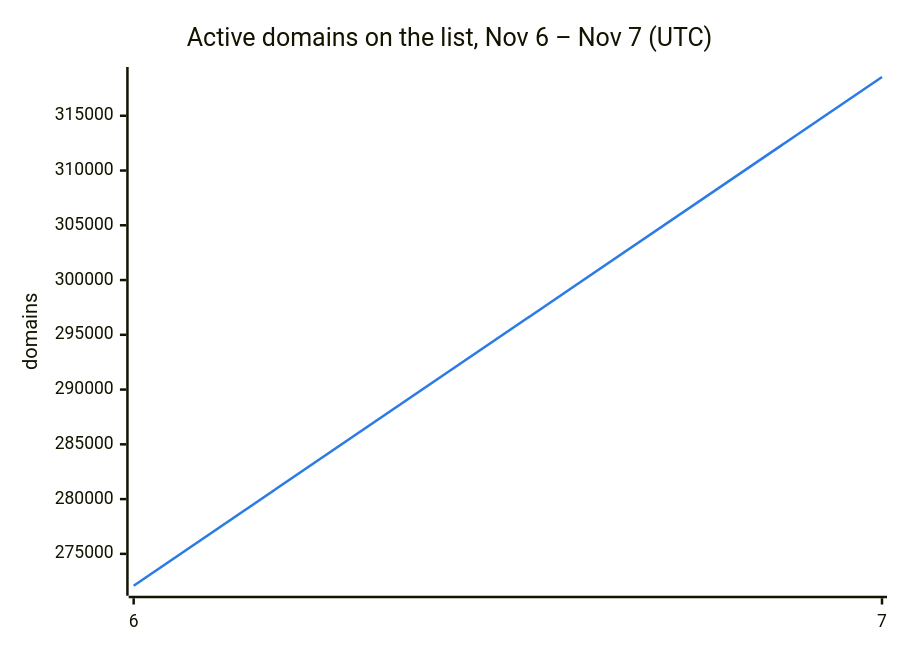
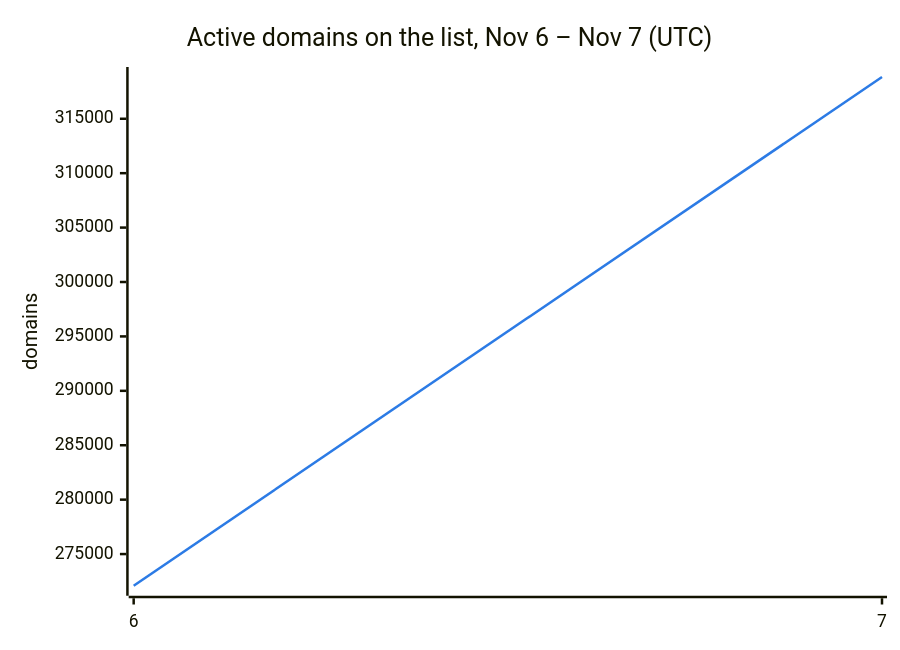
Before and after one commit to DNSBunker/CTI: the second of 3 diagrams in README.md, drawn with Mermaid. The commit also changed other lines of this file and 3 other files, not shown here.

````diff
--- a/README.md
+++ b/README.md
@@ -38,8 +38,8 @@
 ```mermaid
 %%{init: {"themeVariables": {"xyChart": {"plotColorPalette": "#2c7be5"}}}}%%
 xychart-beta
     title "Active domains on the list, Nov 6 – Nov 7 (UTC)"
     x-axis ["6", "7"]
     y-axis "domains"
-    line [272088, 318539]
+    line [272088, 318838]
 ```
````
